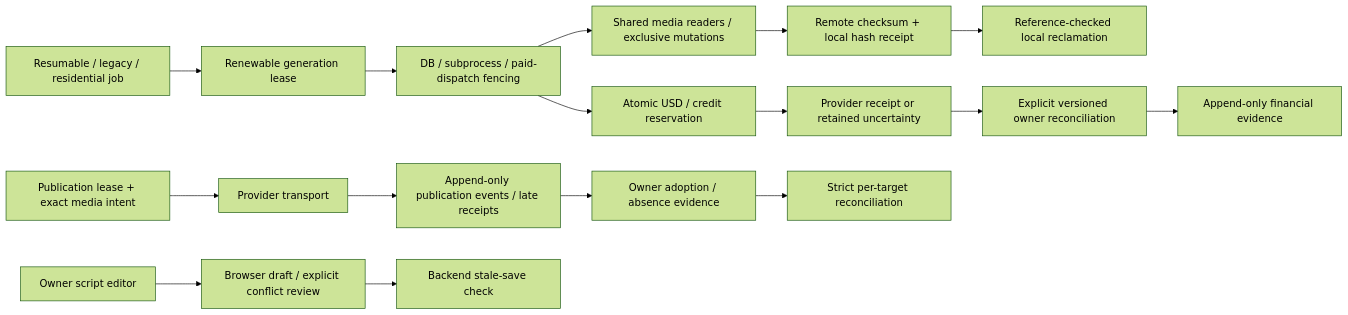
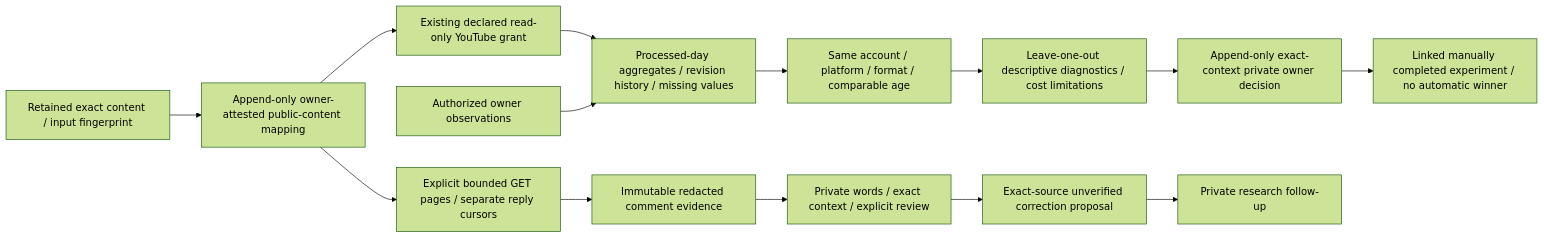
One commit to qwazi12/scrapper changed the second of 4 diagrams in docs/implementation/ARCHITECTURE_CHECKPOINT.md. Above: the diagram before and after it, drawn with Mermaid (forest theme). The commit also changed other lines of this file and 5 other files, not shown here.

Commit message:
Reconcile current architecture evidence and continuous-work handoff

````diff
--- a/docs/implementation/ARCHITECTURE_CHECKPOINT.md
+++ b/docs/implementation/ARCHITECTURE_CHECKPOINT.md
@@ -83,18 +55,16 @@
 ```mermaid
 flowchart LR
-  JOB[Resumable / legacy / residential job] --> LEASE[Renewable generation lease]
-  LEASE --> FENCE[DB / subprocess / paid-dispatch fencing]
-  FENCE --> FILES[Shared media readers / exclusive mutations]
-  FILES --> COPY[Remote checksum + local hash receipt]
-  COPY --> DELETE[Reference-checked local reclamation]
-  FENCE --> HOLD[Atomic USD / credit reservation]
-  HOLD --> USAGE[Provider receipt or retained uncertainty]
-  USAGE --> OWNER[Explicit versioned owner reconciliation]
-  OWNER --> LEDGER[Append-only financial evidence]
-  CLAIM[Publication lease + exact media intent] --> TRANSPORT[Provider transport]
-  TRANSPORT --> JOURNAL[Append-only publication events / late receipts]
-  JOURNAL --> REVIEW[Owner adoption / absence evidence]
-  REVIEW --> RECON[Strict per-target reconciliation]
-  UI[Owner script editor] --> DRAFT[Browser draft / explicit conflict review]
-  DRAFT --> VERSION[Backend stale-save check]
+  RETAINED[Retained exact content / input fingerprint] --> MAP[Append-only owner-attested public-content mapping]
+  MAP --> YT[Existing declared read-only YouTube grant]
+  YT --> OBS[Processed-day aggregates / revision history / missing values]
+  IMPORT[Authorized owner observations] --> OBS
+  OBS --> PEERS[Same account / platform / format / comparable age]
+  PEERS --> DIAG[Leave-one-out descriptive diagnostics / cost limitations]
+  DIAG --> DECISION[Append-only exact-context private owner decision]
+  DECISION --> EXP[Linked manually completed experiment / no automatic winner]
+  MAP --> COMMENTS[Explicit bounded GET pages / separate reply cursors]
+  COMMENTS --> EVIDENCE[Immutable redacted comment evidence]
+  EVIDENCE --> DRAFT[Private words / exact context / explicit review]
+  DRAFT --> CORRECTION[Exact-source unverified correction proposal]
+  CORRECTION --> BRIEF[Private research follow-up]
 ```
````
